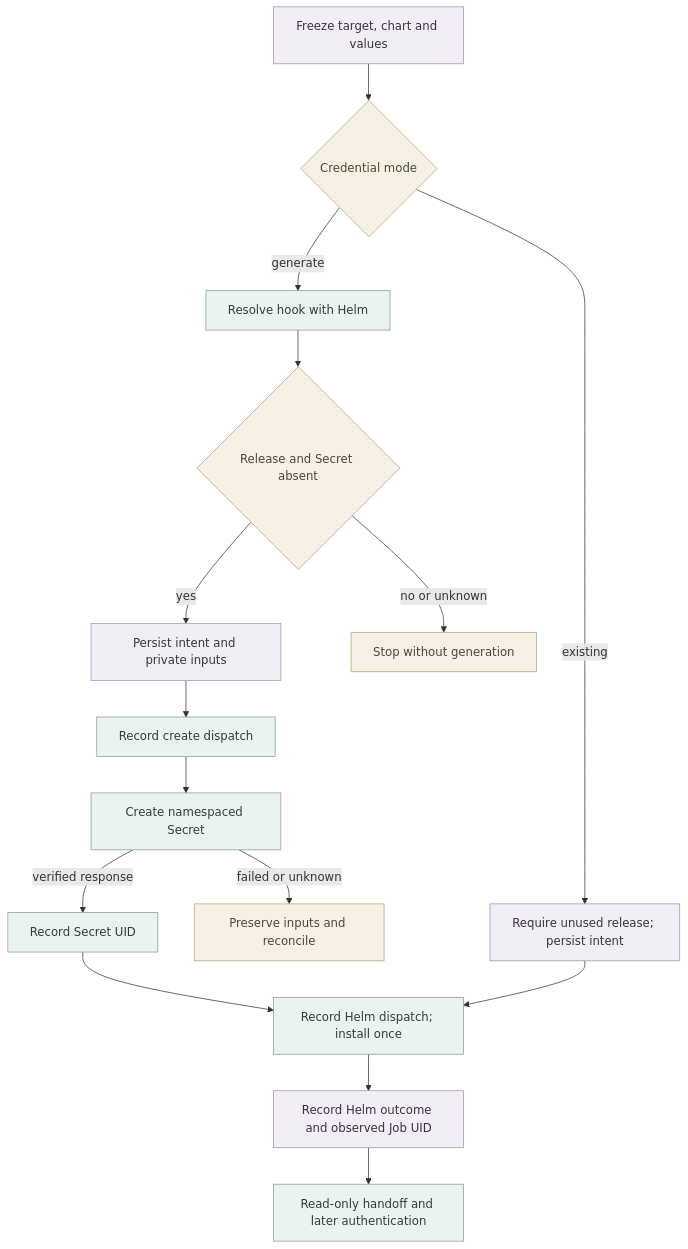
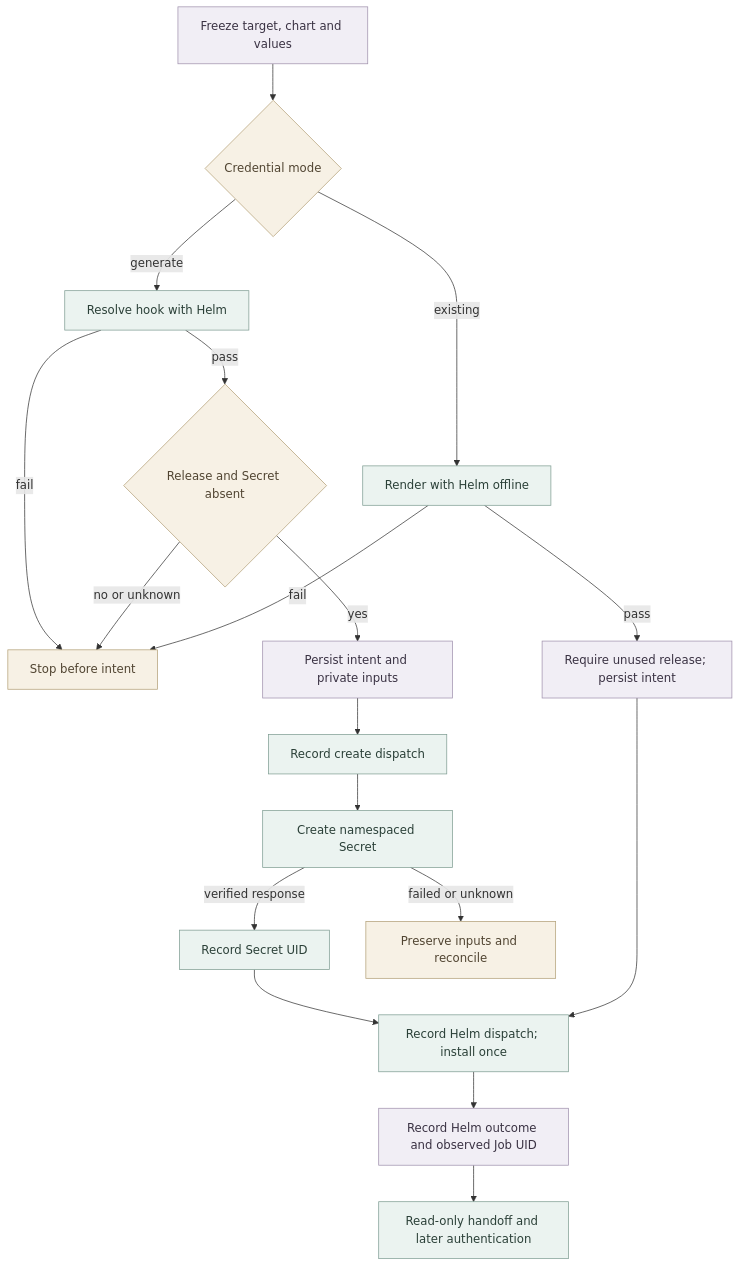
One commit to openclaw/openclaw-enterprise changed the diagram in docs/flows/installation-preparation.md. Above: the diagram before and after it, drawn with Mermaid. The commit also changed other lines of this file and 17 other files, not shown here.

````diff
--- a/docs/flows/installation-preparation.md
+++ b/docs/flows/installation-preparation.md
@@ -31,23 +31,26 @@
 ```mermaid
 graph TD
   A["Freeze target, chart and values"] --> B{"Credential mode"}
   B -->|generate| C["Resolve hook with Helm"]
-  C --> D{"Release and Secret absent"}
+  C -->|pass| D{"Release and Secret absent"}
+  C -->|fail| X["Stop before intent"]
   D -->|yes| E["Persist intent and private inputs"]
-  D -->|no or unknown| X["Stop without generation"]
+  D -->|no or unknown| X
   E --> F["Record create dispatch"]
   F --> G["Create namespaced Secret"]
   G -->|verified response| H["Record Secret UID"]
   G -->|failed or unknown| Y["Preserve inputs and reconcile"]
-  B -->|existing| I["Require unused release; persist intent"]
+  B -->|existing| M["Render with Helm offline"]
+  M -->|pass| I["Require unused release; persist intent"]
+  M -->|fail| X
   H --> J["Record Helm dispatch; install once"]
   I --> J
   J --> K["Record Helm outcome and observed Job UID"]
   K --> L["Read-only handoff and later authentication"]
   classDef input fill:#F1EEF5,stroke:#A091AD,color:#3A3243,stroke-width:1px
   classDef operation fill:#EBF3F0,stroke:#7F9D93,color:#2B4038,stroke-width:1px
   classDef blocked fill:#F7F1E5,stroke:#B3A078,color:#514532,stroke-width:1px
   class A,E,I,K input
-  class C,F,G,H,J,L operation
+  class C,F,G,H,J,L,M operation
   class B,D,X,Y blocked
 ```
````
